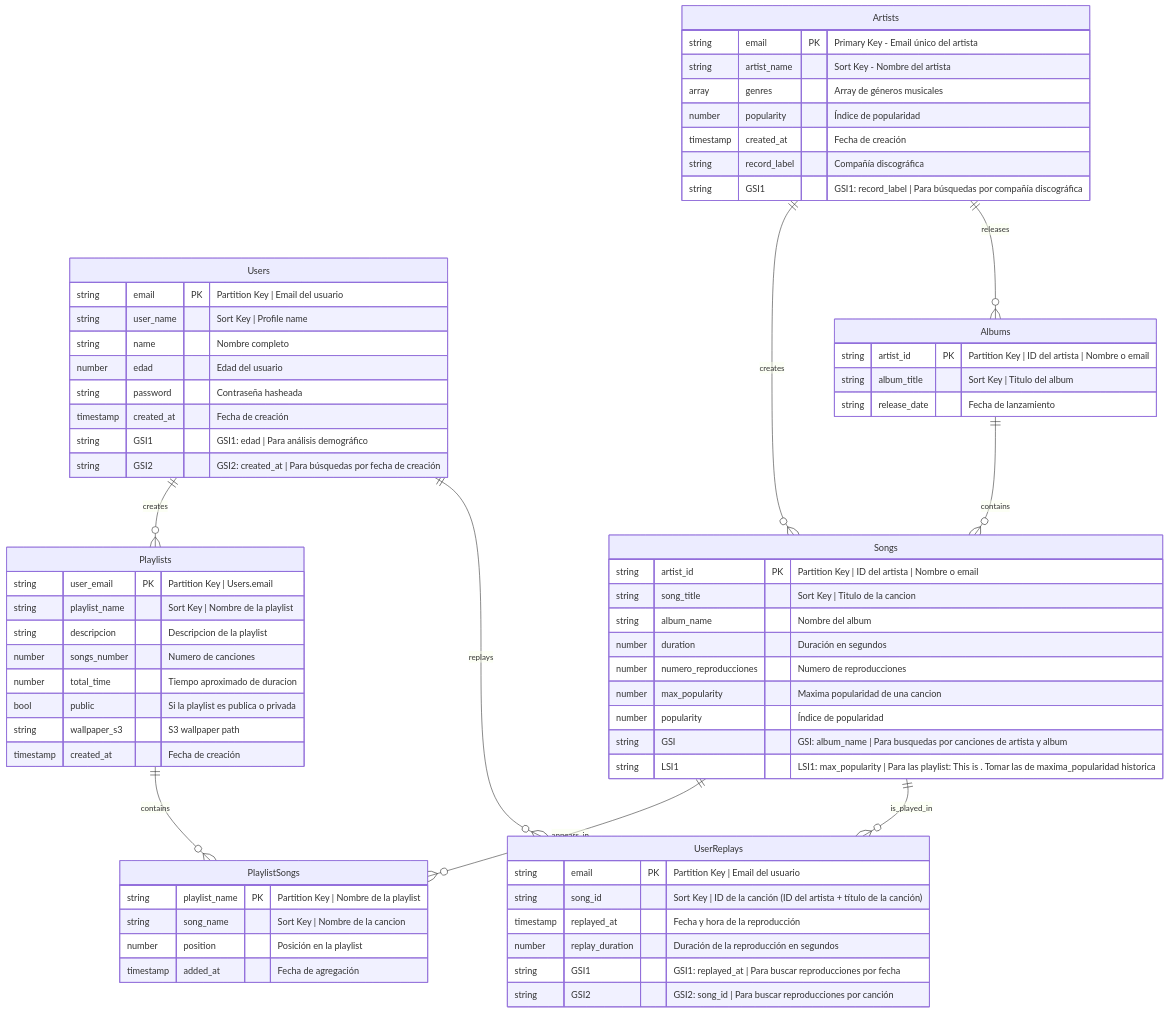
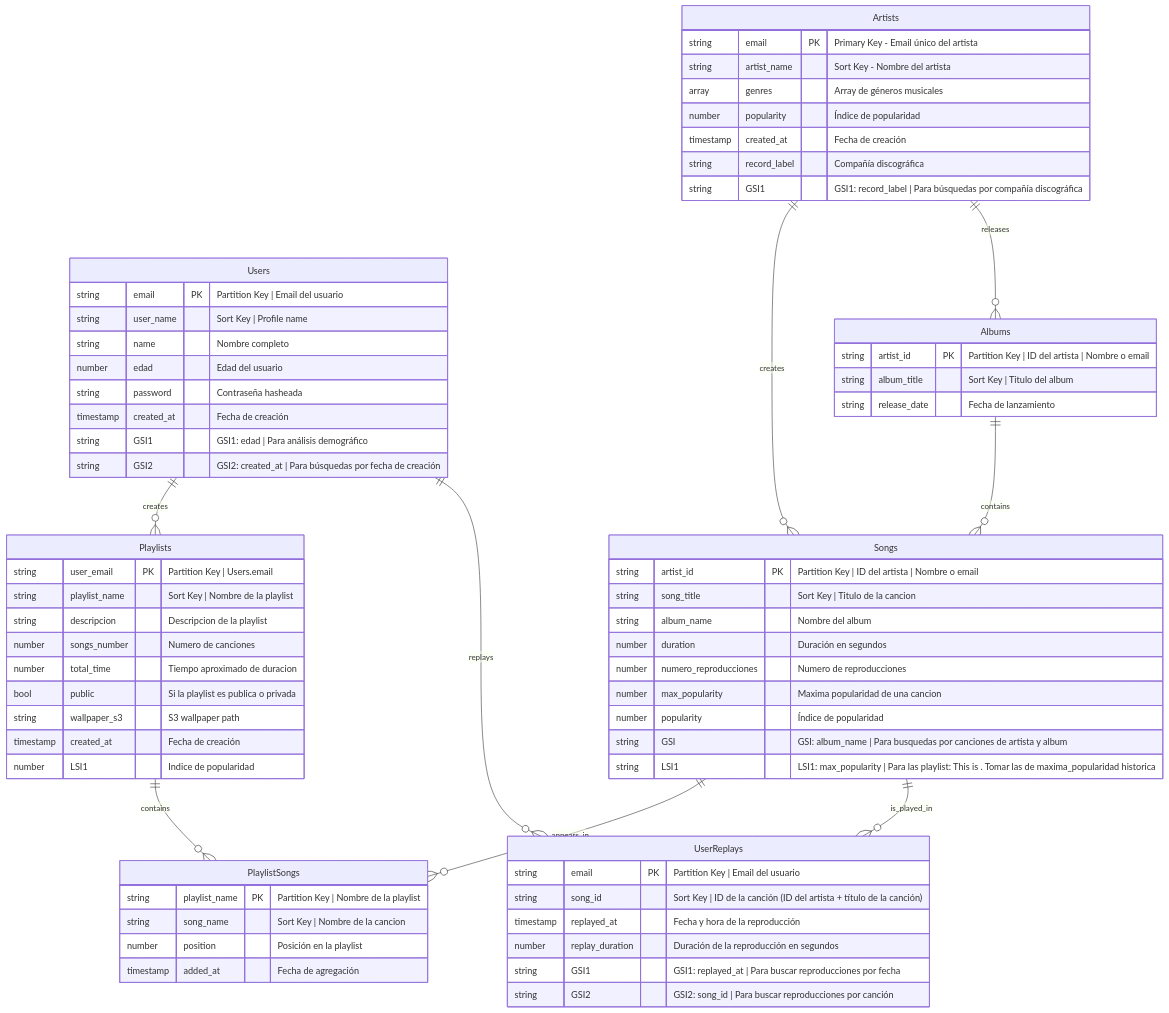
Before and after one commit to jeremy-jmc/cloud-computing-final-project: the second of 2 diagrams in prompts.md, drawn with Mermaid. The commit also changed 1 other file, not shown here.

Commit message:
3 tables

````diff
--- a/prompts.md
+++ b/prompts.md
@@ -211,79 +211,80 @@
 ```mermaid
 erDiagram
     Users {
         string email PK "Partition Key | Email del usuario"
         string user_name "Sort Key | Profile name"
         string name "Nombre completo"
         number edad "Edad del usuario"
         string password "Contraseña hasheada"
         timestamp created_at "Fecha de creación"
         string GSI1 "GSI1: edad | Para análisis demográfico"
         string GSI2 "GSI2: created_at | Para búsquedas por fecha de creación"
     }
 
     Artists {
         string email PK "Primary Key - Email único del artista"
         string artist_name "Sort Key - Nombre del artista"
         array genres "Array de géneros musicales"
         number popularity "Índice de popularidad"
         timestamp created_at "Fecha de creación"
         string record_label "Compañía discográfica"
         string GSI1 "GSI1: record_label | Para búsquedas por compañía discográfica"
     }
 
     Playlists {
         string user_email PK "Partition Key | Users.email"
         string playlist_name "Sort Key | Nombre de la playlist"
         string descripcion "Descripcion de la playlist"
         number songs_number "Numero de canciones"
         number total_time "Tiempo aproximado de duracion"
         bool public "Si la playlist es publica o privada"
         string wallpaper_s3 "S3 wallpaper path"
         timestamp created_at "Fecha de creación"
+        number LSI1  "Indice de popularidad"
     }
 
     Songs {
         string artist_id PK "Partition Key | ID del artista | Nombre o email"
         string song_title "Sort Key | Titulo de la cancion"
         string album_name "Nombre del album"
         number duration "Duración en segundos"
         number numero_reproducciones "Numero de reproducciones"
         number max_popularity "Maxima popularidad de una cancion"
         number popularity "Índice de popularidad"
         string GSI "GSI: album_name | Para busquedas por canciones de artista y album"
         string LSI1 "LSI1: max_popularity | Para las playlist: This is <artista> . Tomar las de maxima_popularidad historica"
     }
 
     
     Albums {
         string artist_id PK "Partition Key | ID del artista | Nombre o email"
         string album_title "Sort Key | Titulo del album"
         string release_date "Fecha de lanzamiento"
     }
 
     PlaylistSongs {
         string playlist_name PK "Partition Key | Nombre de la playlist"
         string song_name "Sort Key | Nombre de la cancion"
         number position "Posición en la playlist"
         timestamp added_at "Fecha de agregación"
     }
 
 
     UserReplays {
         string email PK "Partition Key | Email del usuario"
         string song_id "Sort Key | ID de la canción (ID del artista + título de la canción)"
         timestamp replayed_at "Fecha y hora de la reproducción"
         number replay_duration "Duración de la reproducción en segundos"
         string GSI1 "GSI1: replayed_at | Para buscar reproducciones por fecha"
         string GSI2 "GSI2: song_id | Para buscar reproducciones por canción"
     }
 
     Artists ||--o{ Songs : "creates"
     Artists ||--o{ Albums : "releases"
     Albums ||--o{ Songs : "contains"
     Users ||--o{ Playlists : "creates"
     Playlists ||--o{ PlaylistSongs : "contains"
     Songs ||--o{ PlaylistSongs : "appears_in"
     Users ||--o{ UserReplays : "replays"
     Songs ||--o{ UserReplays : "is_played_in"
 ```
````
